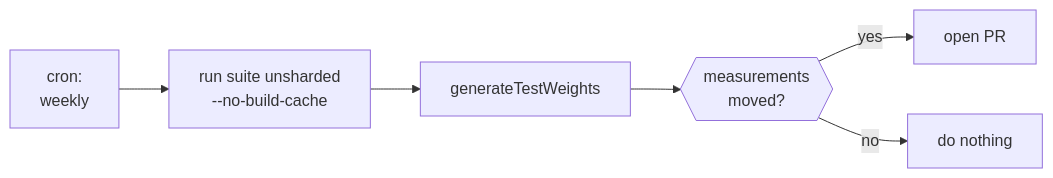
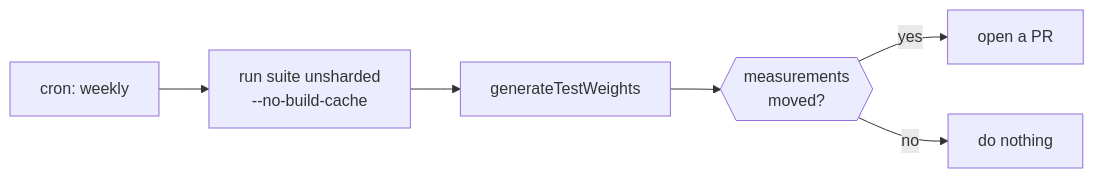
Before and after one commit to micschr0/shardwise-example: the third of 3 diagrams in README.md, drawn with Mermaid. The commit also changed other lines of this file, not shown here.

````diff
--- a/README.md
+++ b/README.md
@@ -113,8 +115,8 @@
 ```mermaid
 flowchart LR
-    CR["cron:<br/>weekly"] --> RUN["run suite unsharded<br/>--no-build-cache"]
+    CR["cron: weekly"] --> RUN["run suite unsharded<br/>--no-build-cache"]
     RUN --> GEN["generateTestWeights"]
     GEN --> D{{"measurements<br/>moved?"}}
-    D -->|yes| PR["open PR"]
+    D -->|yes| PR["open a PR"]
     D -->|no| SKIP["do nothing"]
 ```
````
